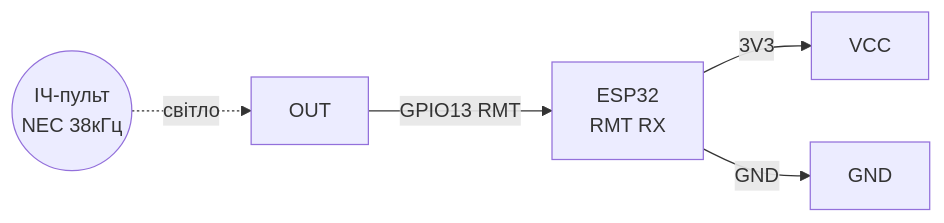
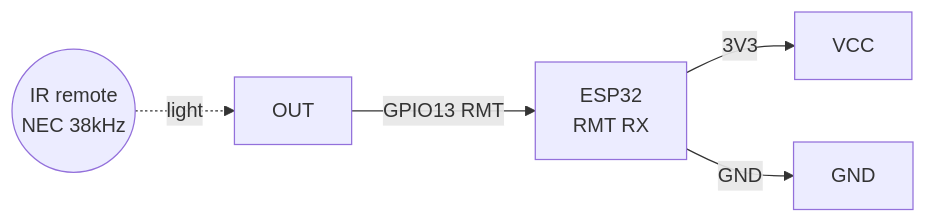
Before and after one commit to ksalab/embedded-reference: the third of 4 diagrams in obsidian_vault/ESP32-Reference/EN/12-Comm-Modules/08-LD2410-UWB-IR-Voice.en.md, drawn with Mermaid. The commit also changed other lines of this file and 76 other files, not shown here.

````diff
--- a/obsidian_vault/ESP32-Reference/EN/12-Comm-Modules/08-LD2410-UWB-IR-Voice.en.md
+++ b/obsidian_vault/ESP32-Reference/EN/12-Comm-Modules/08-LD2410-UWB-IR-Voice.en.md
@@ -159,7 +159,7 @@
 ```mermaid
 graph LR
     ESP32[ESP32<br/>RMT RX] -->|3V3| VCC[VCC]
     ESP32 -->|GND| GNDM[GND]
     OUT[OUT] -->|GPIO13 RMT| ESP32
-    REMOTE((ІЧ-пульт<br/>NEC 38кГц)) -.->|світло| OUT
+    REMOTE((IR remote<br/>NEC 38kHz)) -.->|light| OUT
 ```
````
